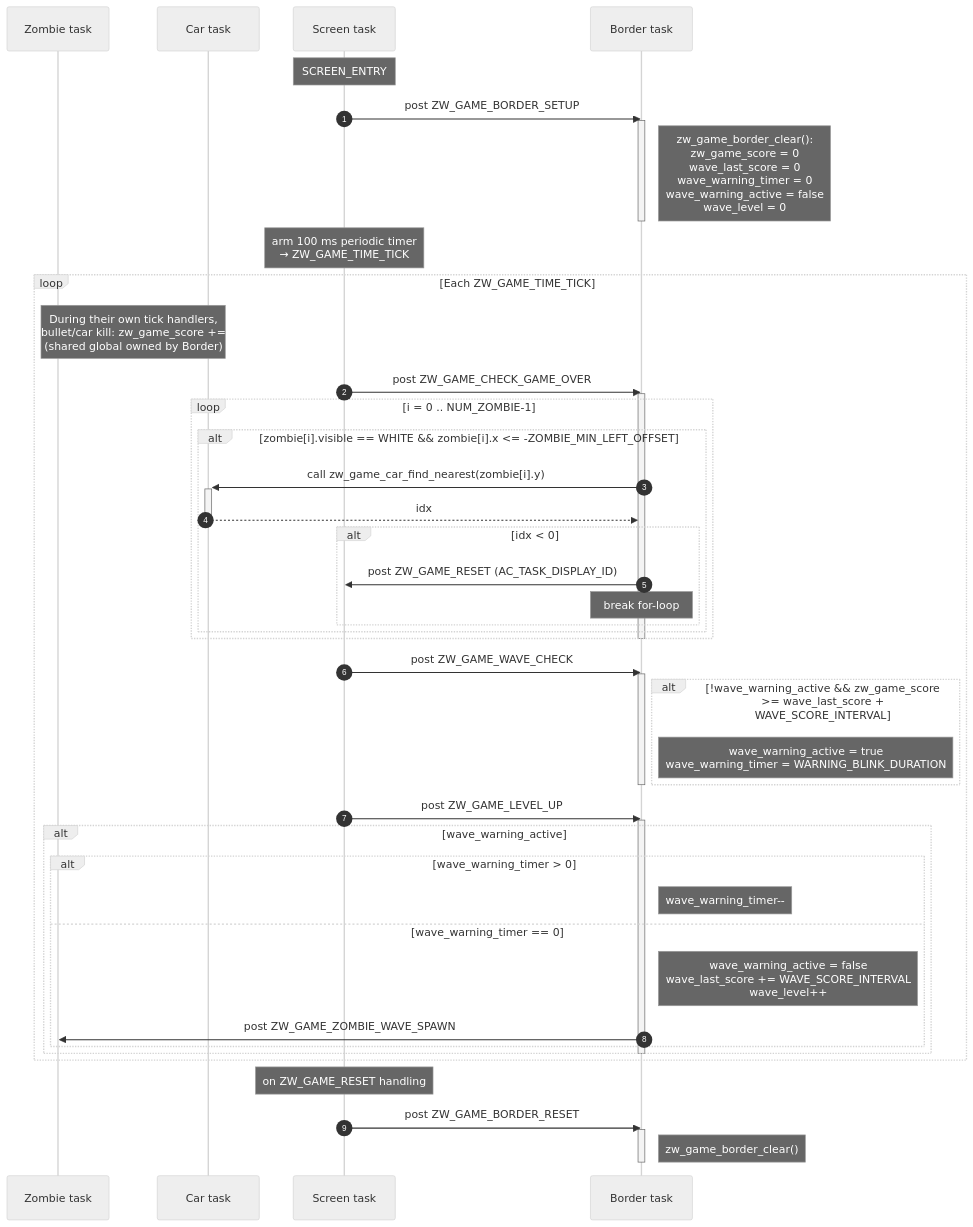
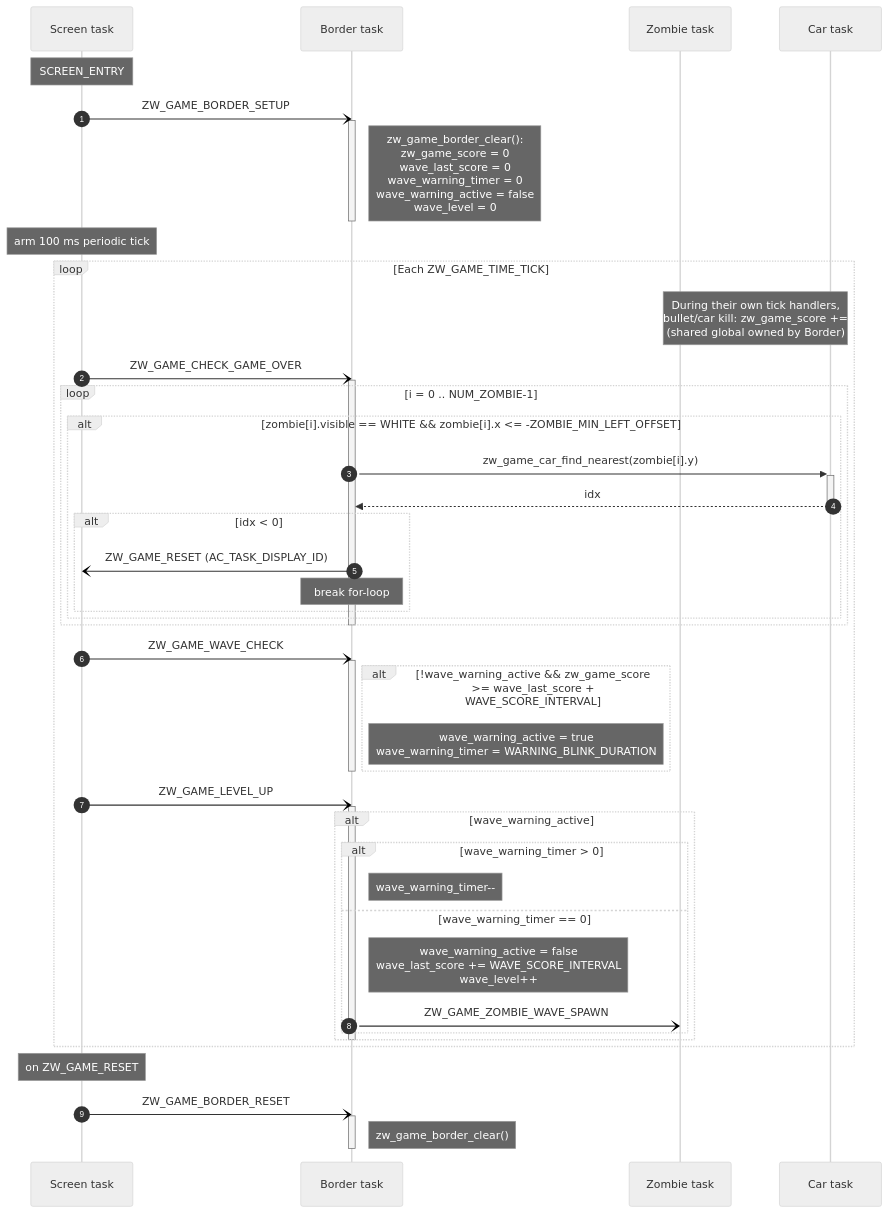
The seventh of 7 diagrams in docs/object_sequence.md (caotrongphuoc/mini-clock), drawn with Mermaid (neutral theme) before and after one commit. The commit also changed other lines of this file, not shown here.

Commit message:
[UPDATE] objects's sequence follow rules of EDP

````diff
--- a/docs/object_sequence.md
+++ b/docs/object_sequence.md
@@ -383,59 +382,58 @@
 ```mermaid
 sequenceDiagram
     autonumber
-    participant Zombie as Zombie task
+    participant Scr as Screen task
+    participant Bdr as Border task
+    participant Zmb as Zombie task
     participant Car as Car task
-    participant Screen as Screen task
-    participant Border as Border task
 
-    Note over Screen: SCREEN_ENTRY
-    Screen->>Border: post ZW_GAME_BORDER_SETUP
-    activate Border
-    Note right of Border: zw_game_border_clear():<br/>zw_game_score = 0<br/>wave_last_score = 0<br/>wave_warning_timer = 0<br/>wave_warning_active = false<br/>wave_level = 0
-    deactivate Border
-
-    Note over Screen: arm 100 ms periodic timer<br/>→ ZW_GAME_TIME_TICK
+    Note over Scr: SCREEN_ENTRY
+    Scr-)Bdr: ZW_GAME_BORDER_SETUP
+    activate Bdr
+    Note right of Bdr: zw_game_border_clear():<br/>zw_game_score = 0<br/>wave_last_score = 0<br/>wave_warning_timer = 0<br/>wave_warning_active = false<br/>wave_level = 0
+    deactivate Bdr
+    Note over Scr: arm 100 ms periodic tick
 
     loop Each ZW_GAME_TIME_TICK
-        Note over Zombie,Car: During their own tick handlers,<br/>on bullet/car kill: zw_game_score += 10<br/>(shared global owned by Border)
+        Note over Zmb,Car: During their own tick handlers,<br/>on bullet/car kill: zw_game_score += 10<br/>(shared global owned by Border)
 
-        Screen->>Border: post ZW_GAME_CHECK_GAME_OVER
-        activate Border
+        Scr-)Bdr: ZW_GAME_CHECK_GAME_OVER
+        activate Bdr
         loop i = 0 .. NUM_ZOMBIE-1
             alt zombie[i].visible == WHITE && zombie[i].x <= -ZOMBIE_MIN_LEFT_OFFSET
-                Border->>+Car: call zw_game_car_find_nearest(zombie[i].y)
-                Car-->>-Border: idx
+                Bdr->>+Car: zw_game_car_find_nearest(zombie[i].y)
+                Car-->>-Bdr: idx
                 alt idx < 0
-                    Border->>Screen: post ZW_GAME_RESET (AC_TASK_DISPLAY_ID)
-                    Note over Border: break for-loop
+                    Bdr-)Scr: ZW_GAME_RESET (AC_TASK_DISPLAY_ID)
+                    Note over Bdr: break for-loop
                 end
             end
         end
-        deactivate Border
+        deactivate Bdr
 
-        Screen->>Border: post ZW_GAME_WAVE_CHECK
-        activate Border
+        Scr-)Bdr: ZW_GAME_WAVE_CHECK
+        activate Bdr
         alt !wave_warning_active && zw_game_score >= wave_last_score + WAVE_SCORE_INTERVAL
-            Note right of Border: wave_warning_active = true<br/>wave_warning_timer = WARNING_BLINK_DURATION
+            Note right of Bdr: wave_warning_active = true<br/>wave_warning_timer = WARNING_BLINK_DURATION
         end
-        deactivate Border
+        deactivate Bdr
 
-        Screen->>Border: post ZW_GAME_LEVEL_UP
-        activate Border
+        Scr-)Bdr: ZW_GAME_LEVEL_UP
+        activate Bdr
         alt wave_warning_active
             alt wave_warning_timer > 0
-                Note right of Border: wave_warning_timer--
+                Note right of Bdr: wave_warning_timer--
             else wave_warning_timer == 0
-                Note right of Border: wave_warning_active = false<br/>wave_last_score += WAVE_SCORE_INTERVAL<br/>wave_level++
-                Border->>Zombie: post ZW_GAME_ZOMBIE_WAVE_SPAWN
+                Note right of Bdr: wave_warning_active = false<br/>wave_last_score += WAVE_SCORE_INTERVAL<br/>wave_level++
+                Bdr-)Zmb: ZW_GAME_ZOMBIE_WAVE_SPAWN
             end
         end
-        deactivate Border
+        deactivate Bdr
     end
 
-    Note over Screen: on ZW_GAME_RESET handling
-    Screen->>Border: post ZW_GAME_BORDER_RESET
-    activate Border
-    Note right of Border: zw_game_border_clear()
-    deactivate Border
+    Note over Scr: on ZW_GAME_RESET
+    Scr-)Bdr: ZW_GAME_BORDER_RESET
+    activate Bdr
+    Note right of Bdr: zw_game_border_clear()
+    deactivate Bdr
 ```
````
